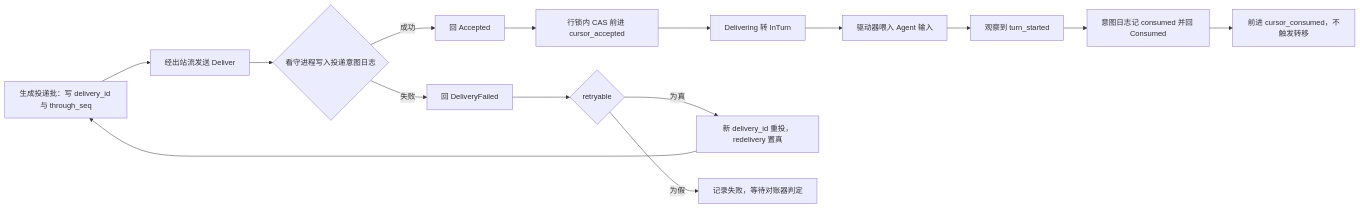
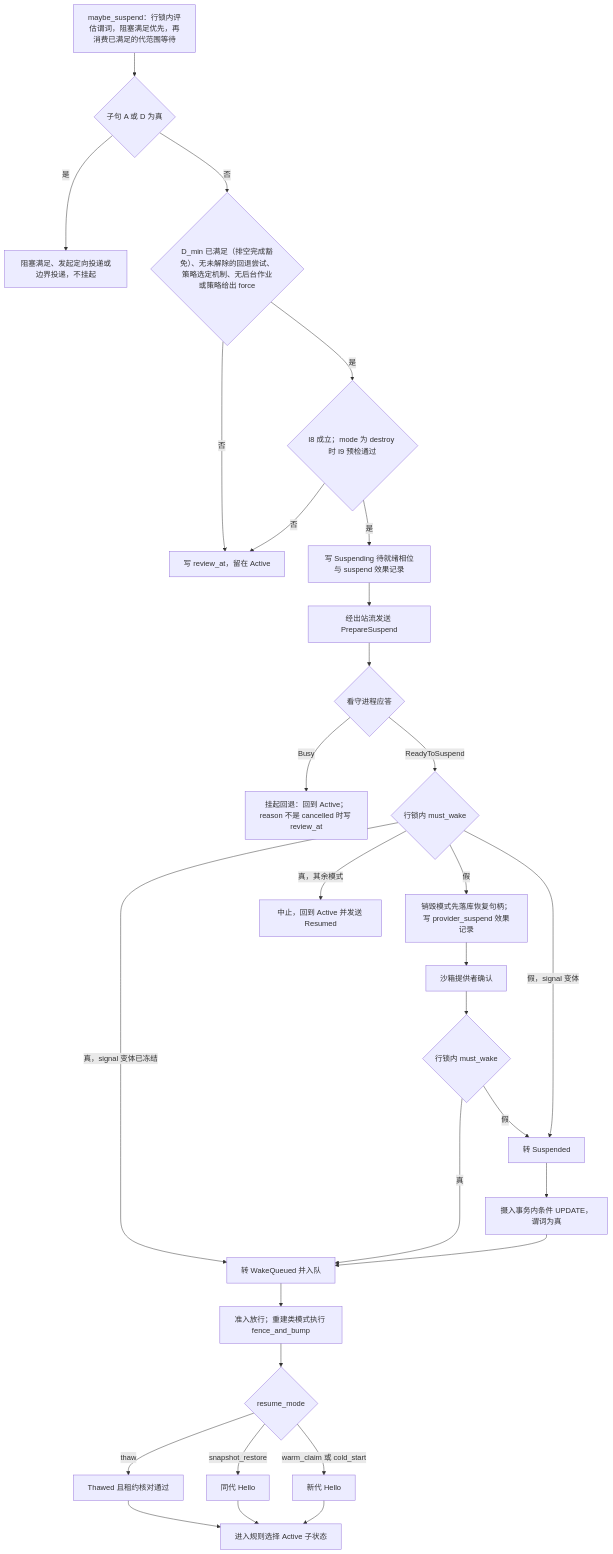
The third of 4 diagrams in docs/design/modules/design-runcontroller.md (wangzw/castworks), drawn with Mermaid before and after one commit. The commit also changed other lines of this file and 6 other files, not shown here.

````diff
--- a/docs/design/modules/design-runcontroller.md
+++ b/docs/design/modules/design-runcontroller.md
@@ -333,17 +413,32 @@
 ```mermaid
-flowchart LR
-    A["生成投递批：写 delivery_id 与 through_seq"] --> B["经出站流发送 Deliver"]
-    B --> C{"看守进程写入投递意图日志"}
-    C -->|"成功"| D["回 Accepted"]
-    C -->|"失败"| E["回 DeliveryFailed"]
-    D --> F["行锁内 CAS 前进 cursor_accepted"]
-    F --> G["Delivering 转 InTurn"]
-    G --> H["驱动器喂入 Agent 输入"]
-    H --> I["观察到 turn_started"]
-    I --> J["意图日志记 consumed 并回 Consumed"]
-    J --> K["前进 cursor_consumed，不触发转移"]
-    E --> L{"retryable"}
-    L -->|"为真"| M["新 delivery_id 重投，redelivery 置真"]
-    L -->|"为假"| N["记录失败，等待对账器判定"]
-    M --> A
+flowchart TD
+    A["maybe_suspend：行锁内评估谓词，阻塞满足优先，再消费已满足的代范围等待"] --> B{"子句 A 或 D 为真"}
+    B -->|"是"| C["阻塞满足、发起定向投递或边界投递，不挂起"]
+    B -->|"否"| D{"D_min 已满足（排空完成豁免）、无未解除的回退尝试、策略选定机制、无后台作业或策略给出 force"}
+    D -->|"否"| E["写 review_at，留在 Active"]
+    D -->|"是"| F{"I8 成立；mode 为 destroy 时 I9 预检通过"}
+    F -->|"否"| E
+    F -->|"是"| G["写 Suspending 待就绪相位与 suspend 效果记录"]
+    G --> H["经出站流发送 PrepareSuspend"]
+    H --> I{"看守进程应答"}
+    I -->|"Busy"| J["挂起回退：回到 Active；reason 不是 cancelled 时写 review_at"]
+    I -->|"ReadyToSuspend"| K{"行锁内 must_wake"}
+    K -->|"真，signal 变体已冻结"| L["转 WakeQueued 并入队"]
+    K -->|"真，其余模式"| M["中止，回到 Active 并发送 Resumed"]
+    K -->|"假"| N["销毁模式先落库恢复句柄；写 provider_suspend 效果记录"]
+    K -->|"假，signal 变体"| O["转 Suspended"]
+    N --> P["沙箱提供者确认"]
+    P --> Q{"行锁内 must_wake"}
+    Q -->|"真"| L
+    Q -->|"假"| O
+    O --> R["摄入事务内条件 UPDATE，谓词为真"]
+    R --> L
+    L --> S["准入放行；重建类模式执行 fence_and_bump"]
+    S --> T{"resume_mode"}
+    T -->|"thaw"| U["Thawed 且租约核对通过"]
+    T -->|"snapshot_restore"| V["同代 Hello"]
+    T -->|"warm_claim 或 cold_start"| W["新代 Hello"]
+    U --> X["进入规则选择 Active 子状态"]
+    V --> X
+    W --> X
 ```
````
